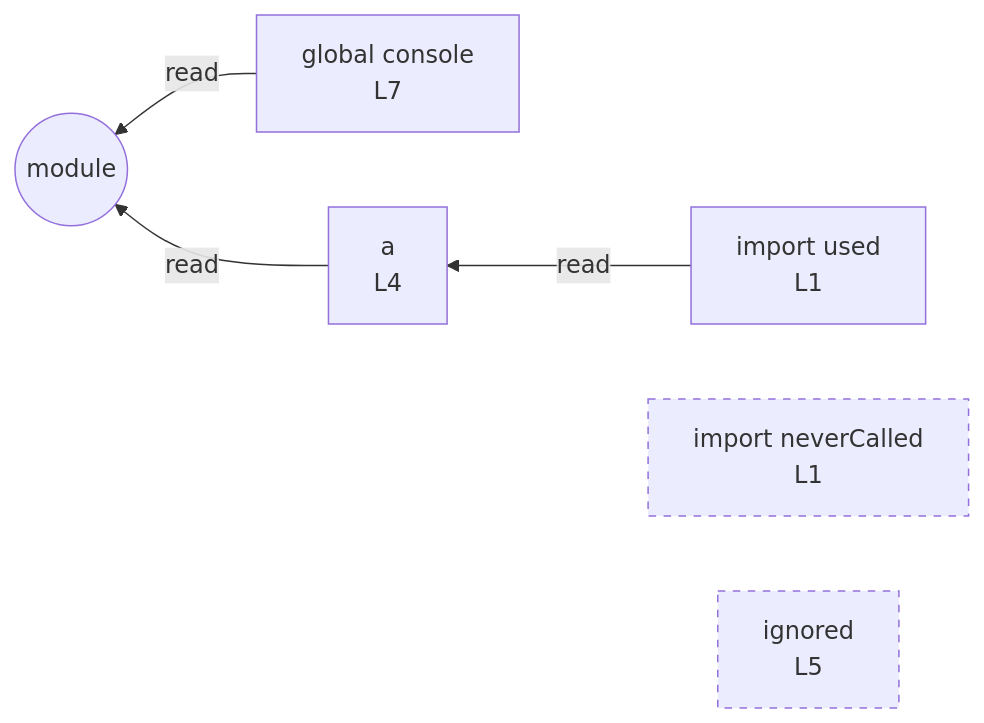
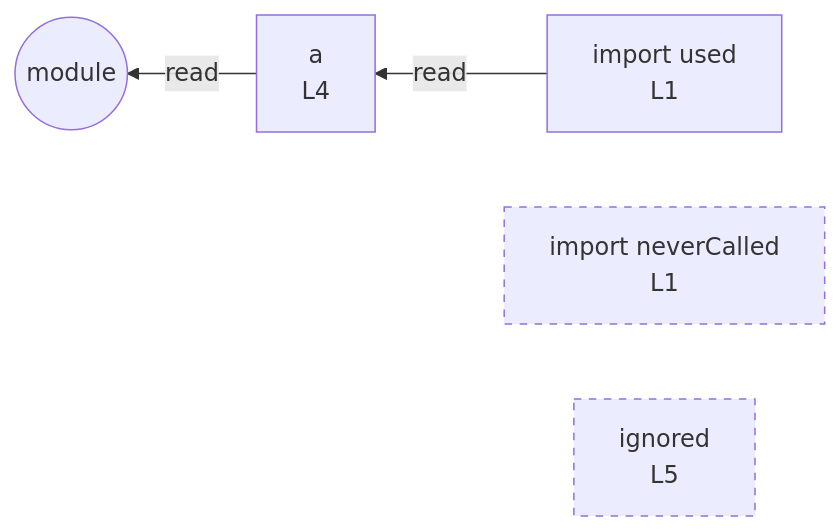
The diagram in integration/fixtures/unused-and-var/preview.md (crescware/unsnarl), drawn with Mermaid before and after one commit. The commit also changed 21 other files, not shown here.

First line of the commit message:
feat(mermaid): hide receiver-only ImplicitGlobalVariables

````diff
--- a/integration/fixtures/unused-and-var/preview.md
+++ b/integration/fixtures/unused-and-var/preview.md
@@ -17,15 +17,13 @@
 ```mermaid
 flowchart RL
   n_scope_0_used_9["import used<br/>L1"]
   n_scope_0_neverCalled_15["import neverCalled<br/>L1"]
   n_scope_0_a_67["a<br/>L4"]
   n_scope_0_ignored_83["ignored<br/>L5"]
-  n_scope_0_console_98["global console<br/>L7"]
   n_scope_0_used_9 -->|read| n_scope_0_a_67
-  n_scope_0_console_98 -->|read| module_root
   n_scope_0_a_67 -->|read| module_root
   module_root((module))
   classDef unused stroke-dasharray: 5 5;
   class n_scope_0_neverCalled_15 unused;
   class n_scope_0_ignored_83 unused;
 ```
````
